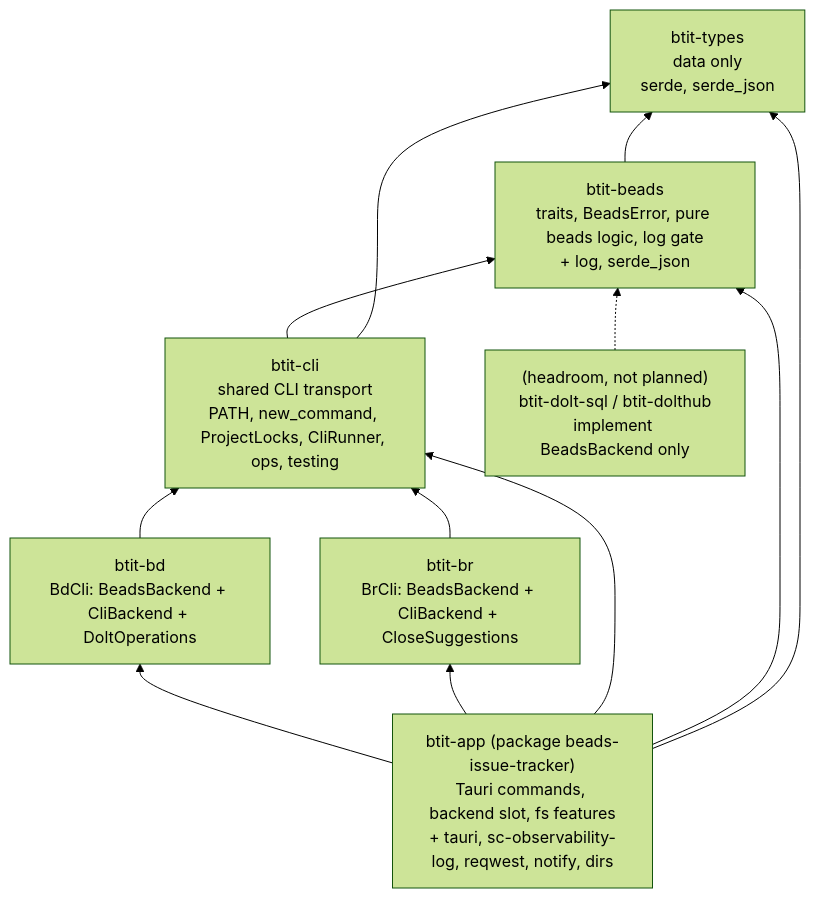
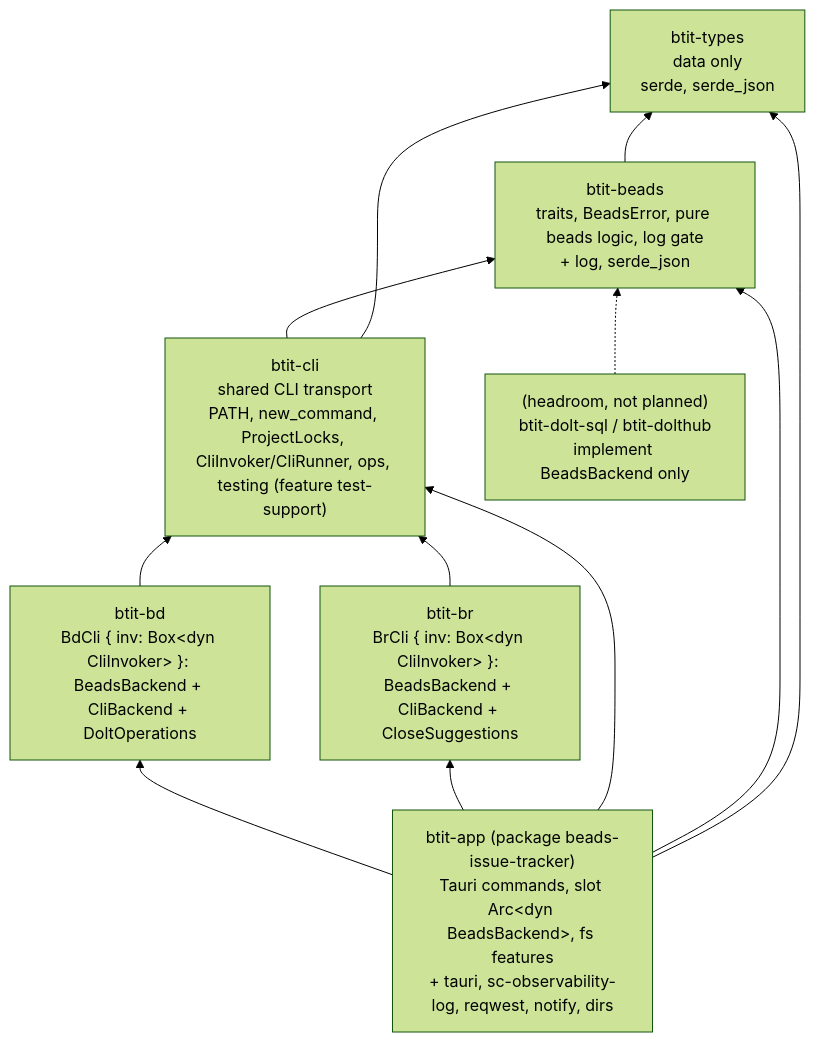
The first of 2 diagrams in docs/plans/phase-b/plan-phase-b.md (randlee/beads-task-issue-tracker), drawn with Mermaid (forest theme) before and after one commit. The commit also changed other lines of this file, not shown here.

````diff
--- a/docs/plans/phase-b/plan-phase-b.md
+++ b/docs/plans/phase-b/plan-phase-b.md
@@ -106,20 +122,20 @@
 ```mermaid
 flowchart BT
   types["btit-types<br/>data only<br/>serde, serde_json"]
   beads["btit-beads<br/>traits, BeadsError, pure beads logic, log gate<br/>+ log, serde_json"]
-  cli["btit-cli<br/>shared CLI transport<br/>PATH, new_command, ProjectLocks, CliRunner, ops, testing"]
-  bd["btit-bd<br/>BdCli: BeadsBackend + CliBackend + DoltOperations"]
-  br["btit-br<br/>BrCli: BeadsBackend + CliBackend + CloseSuggestions"]
-  app["btit-app (package beads-issue-tracker)<br/>Tauri commands, backend slot, fs features<br/>+ tauri, sc-observability-log, reqwest, notify, dirs"]
+  cli["btit-cli<br/>shared CLI transport<br/>PATH, new_command, ProjectLocks, CliInvoker/CliRunner, ops, testing (feature test-support)"]
+  bd["btit-bd<br/>BdCli { inv: Box&lt;dyn CliInvoker&gt; }: BeadsBackend + CliBackend + DoltOperations"]
+  br["btit-br<br/>BrCli { inv: Box&lt;dyn CliInvoker&gt; }: BeadsBackend + CliBackend + CloseSuggestions"]
+  app["btit-app (package beads-issue-tracker)<br/>Tauri commands, slot Arc&lt;dyn BeadsBackend&gt;, fs features<br/>+ tauri, sc-observability-log, reqwest, notify, dirs"]
   beads --> types
   cli --> beads
   cli --> types
   bd --> cli
   br --> cli
   app --> bd
   app --> br
   app --> cli
   app --> beads
   app --> types
   future["(headroom, not planned)<br/>btit-dolt-sql / btit-dolthub<br/>implement BeadsBackend only"] -.-> beads
 ```
````
